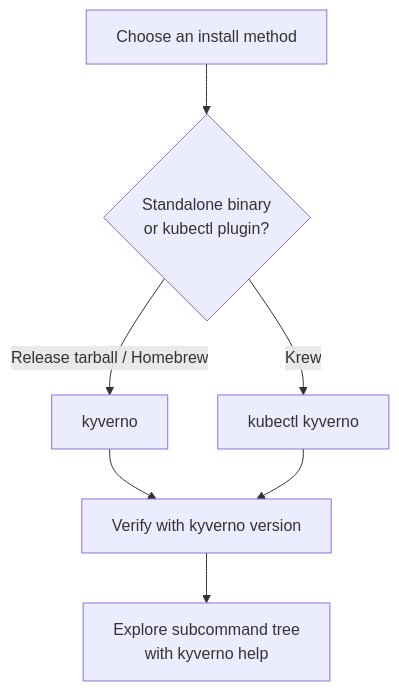
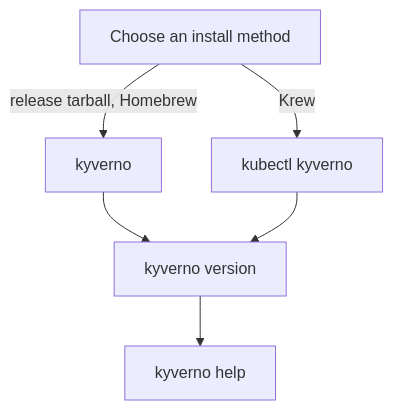
The diagram in sections/section-010/module-01/course.md (astrona-io/ATS009), drawn with Mermaid before and after one commit. The commit also changed other lines of this file and 286 other files, not shown here.

````diff
--- a/sections/section-010/module-01/course.md
+++ b/sections/section-010/module-01/course.md
@@ -7,9 +9,8 @@
 ```mermaid
-flowchart TD
-    A[Choose an install method] --> B{Standalone binary\nor kubectl plugin?}
-    B -->|Release tarball / Homebrew| C["kyverno <subcommand>"]
-    B -->|Krew| D["kubectl kyverno <subcommand>"]
-    C --> E[Verify with kyverno version]
-    D --> E
-    E --> F[Explore subcommand tree\nwith kyverno help]
+flowchart TB
+    A["Choose an install method"] -->|"release tarball, Homebrew"| B["kyverno"]
+    A -->|"Krew"| C["kubectl kyverno"]
+    B --> D["kyverno version"]
+    C --> D
+    D --> E["kyverno help"]
 ```
````
